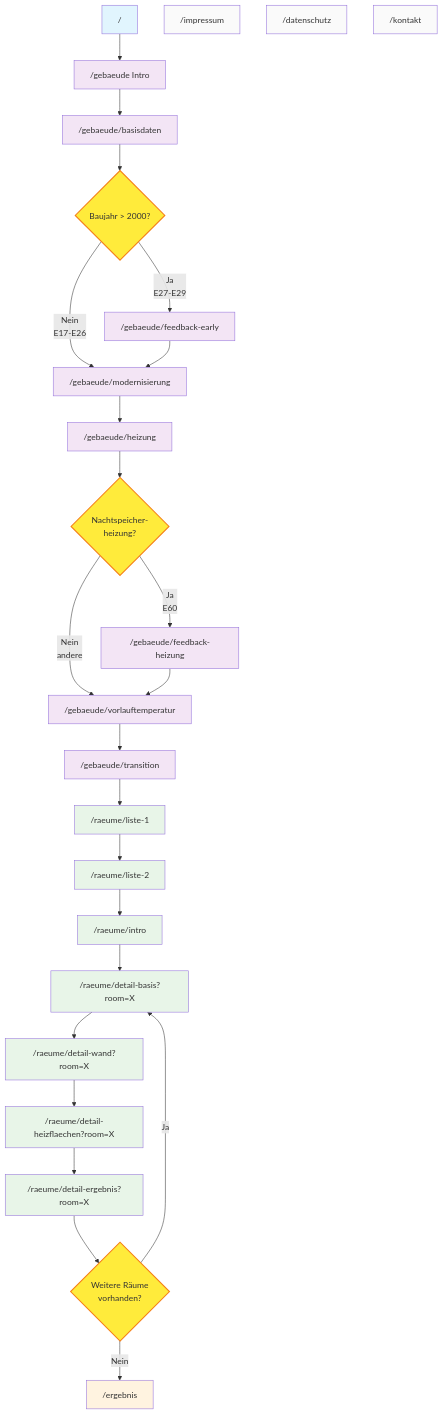
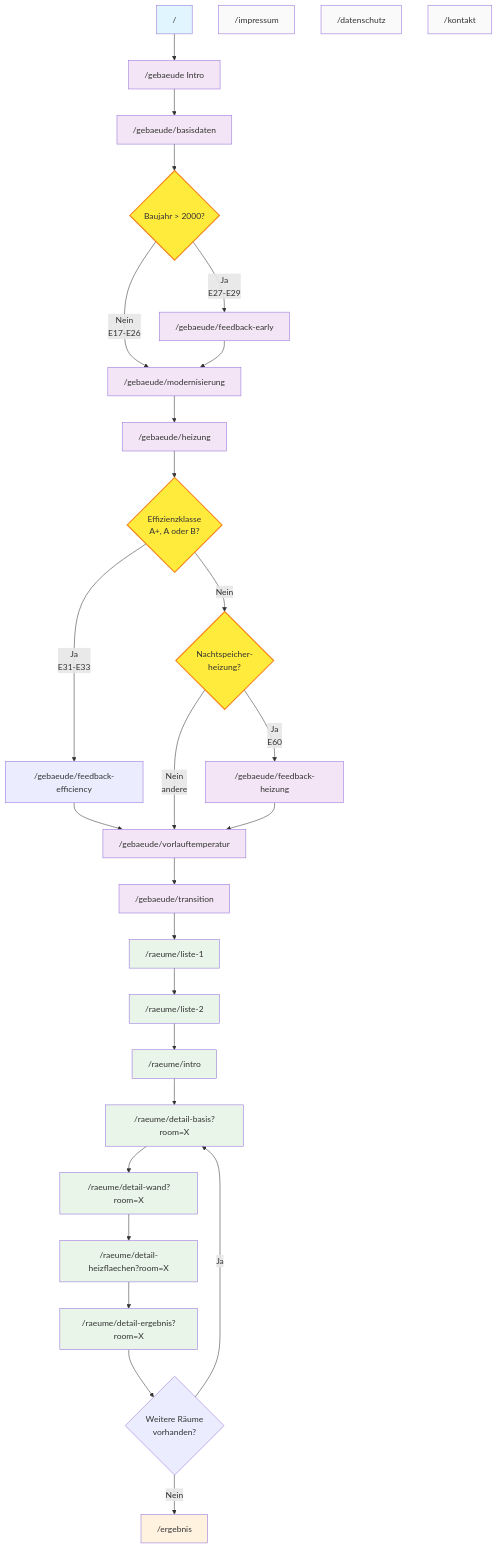
Before and after one commit to till-seifert-name/uba-waermepumpen: the diagram in README.md, drawn with Mermaid. The commit also changed other lines of this file and 6 other files, not shown here.

First line of the commit message:
Add efficiency feedback for heating

````diff
--- a/README.md
+++ b/README.md
@@ -161,65 +162,72 @@
 ```mermaid
 flowchart TD
     A["/"] --> B["/gebaeude Intro"]
     
     %% Gebäude-Flow mit bedingter Navigation
     B --> C["/gebaeude/basisdaten"]
     
     %% Bedingte Navigation basierend auf Baujahr
     C --> COND1{Baujahr > 2000?}
     COND1 -->|Ja<br/>E27-E29| D["/gebaeude/feedback-early"]
     COND1 -->|Nein<br/>E17-E26| E["/gebaeude/modernisierung"]
     
     %% Nach Early Feedback zur Modernisierung
     D --> E
     
     %% Modernisierung zu Heizung
     E --> F["/gebaeude/heizung"]
     
-    %% Bedingte Navigation basierend auf Heizungstyp
-    F --> COND2{Nachtspeicher-<br/>heizung?}
-    COND2 -->|Ja<br/>E60| G["/gebaeude/feedback-heizung"]
-    COND2 -->|Nein<br/>andere| H["/gebaeude/vorlauftemperatur"]
+    %% Bedingte Navigation basierend auf Effizienzklasse und Heizungstyp
+    F --> COND2{Effizienzklasse<br/>A+, A oder B?}
+    COND2 -->|Ja<br/>E31-E33| F1["/gebaeude/feedback-efficiency"]
+    COND2 -->|Nein| COND3{Nachtspeicher-<br/>heizung?}
+    
+    %% Nach Efficiency-Feedback zur Vorlauftemperatur
+    F1 --> H["/gebaeude/vorlauftemperatur"]
+    
+    %% Nachtspeicherheizung-Check
+    COND3 -->|Ja<br/>E60| G["/gebaeude/feedback-heizung"]
+    COND3 -->|Nein<br/>andere| H
     
     %% Nach Heizung-Feedback zur Vorlauftemperatur
     G --> H
     
     %% Vorlauftemperatur zu Transition
     H --> I["/gebaeude/transition"]
     
     %% Übergang zu Räumen
     I --> J["/raeume/liste-1"]
     J --> K["/raeume/liste-2"]
     K --> L["/raeume/intro"]
     
     %% Raum-Detail-Flow (für jeden Raum wiederholbar)
     L --> M["/raeume/detail-basis?room=X"]
     M --> N["/raeume/detail-wand?room=X"]
     N --> O["/raeume/detail-heizflaechen?room=X"]
     O --> P["/raeume/detail-ergebnis?room=X"]
     
     %% Raum-Wiederholung oder Abschluss
-    P --> COND3{Weitere Räume<br/>vorhanden?}
-    COND3 -->|"Ja"| M
-    COND3 -->|Nein| R["/ergebnis"]
+    P --> COND4{Weitere Räume<br/>vorhanden?}
+    COND4 -->|"Ja"| M
+    COND4 -->|Nein| R["/ergebnis"]
     
     %% Statische Seiten (jederzeit erreichbar)
     S1["/impressum"] 
     S2["/datenschutz"]
     S3["/kontakt"]
     
     %% Styling für verschiedene Node-Typen
     classDef startNode fill:#e1f5fe
     classDef gebaeudeNode fill:#f3e5f5
     classDef raeumeNode fill:#e8f5e8
     classDef ergebnisNode fill:#fff3e0
     classDef staticNode fill:#fafafa
     classDef conditionNode fill:#ffeb3b,stroke:#f57f17,stroke-width:2px
     
     class A startNode
     class B,C,D,E,F,G,H,I gebaeudeNode
     class J,K,L,M,N,O,P raeumeNode
     class R ergebnisNode
     class S1,S2,S3 staticNode
     class COND1,COND2,COND3 conditionNode
 ```
````
